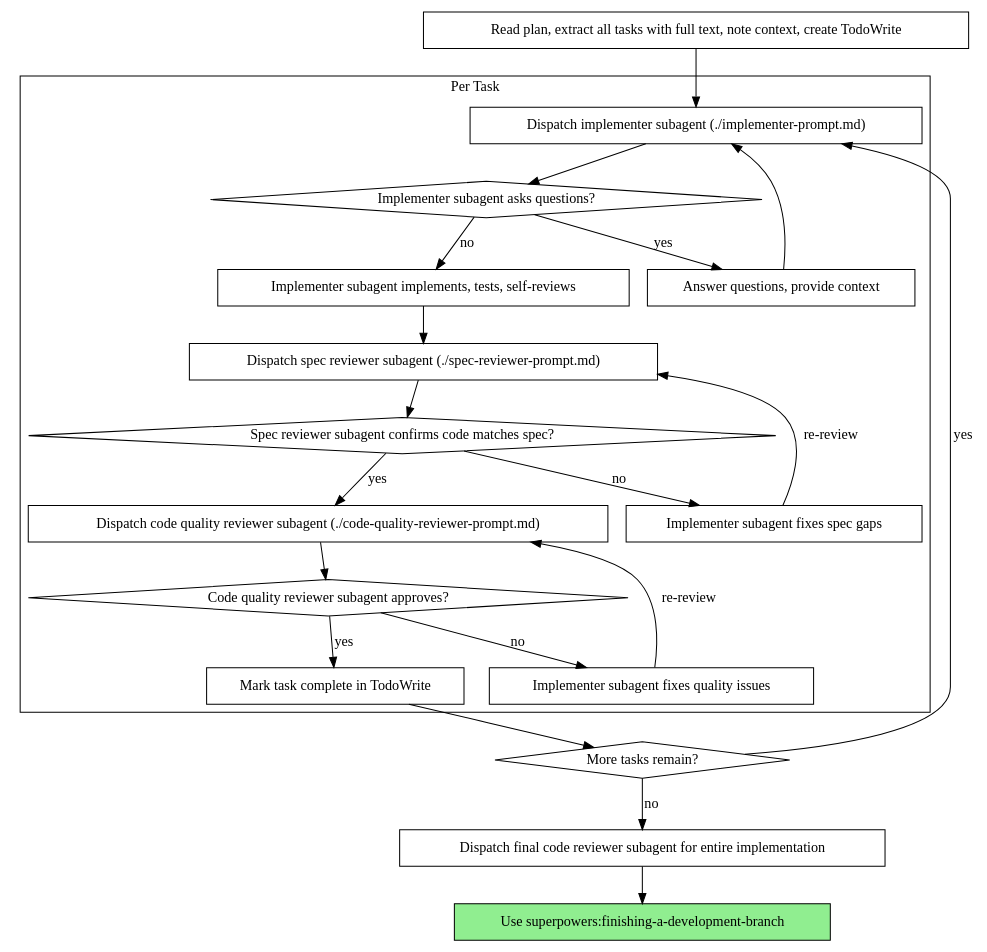
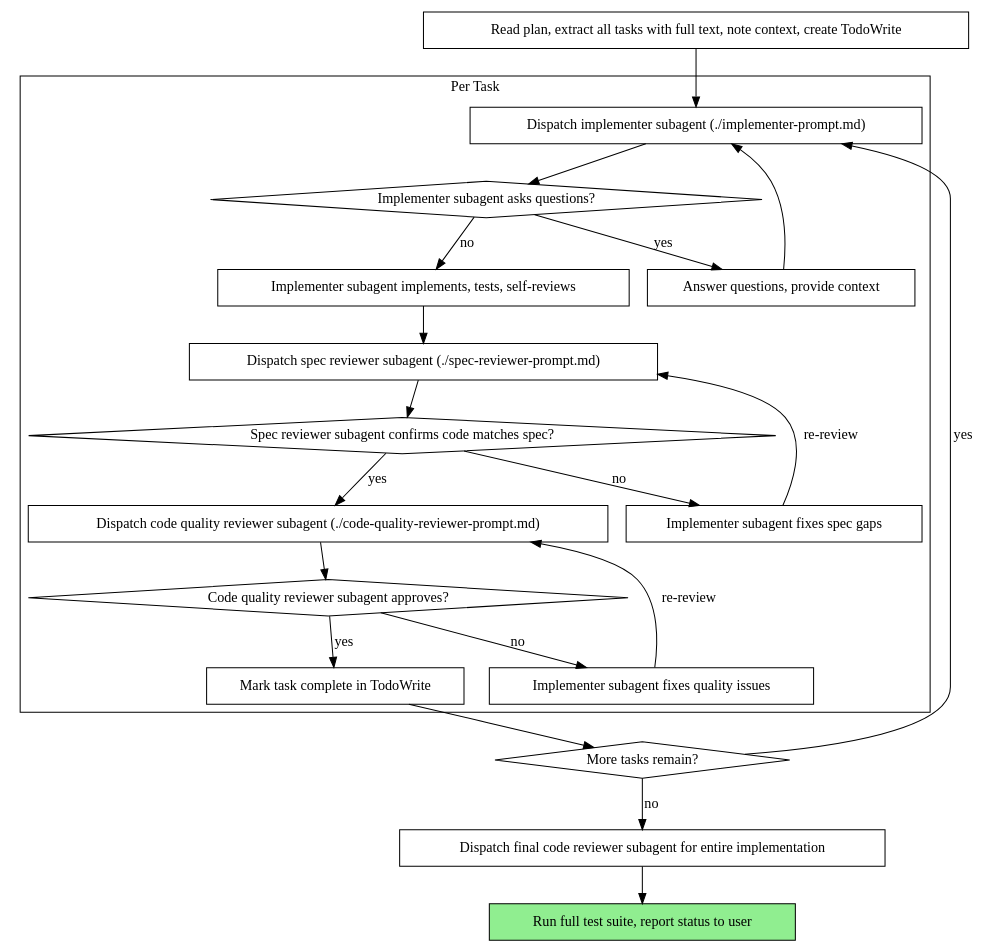
One commit to Hohlas/SoSimple changed the second of 2 diagrams in .claude/skills/superpowers/subagent-driven-development/SKILL.md. Above: the diagram before and after it, drawn with Graphviz. The commit also changed other lines of this file and 12 other files, not shown here.

````diff
--- a/.claude/skills/superpowers/subagent-driven-development/SKILL.md
+++ b/.claude/skills/superpowers/subagent-driven-development/SKILL.md
@@ -42,44 +42,44 @@
 ```dot
 digraph process {
     rankdir=TB;
 
     subgraph cluster_per_task {
         label="Per Task";
         "Dispatch implementer subagent (./implementer-prompt.md)" [shape=box];
         "Implementer subagent asks questions?" [shape=diamond];
         "Answer questions, provide context" [shape=box];
         "Implementer subagent implements, tests, self-reviews" [shape=box];
         "Dispatch spec reviewer subagent (./spec-reviewer-prompt.md)" [shape=box];
         "Spec reviewer subagent confirms code matches spec?" [shape=diamond];
         "Implementer subagent fixes spec gaps" [shape=box];
         "Dispatch code quality reviewer subagent (./code-quality-reviewer-prompt.md)" [shape=box];
         "Code quality reviewer subagent approves?" [shape=diamond];
         "Implementer subagent fixes quality issues" [shape=box];
         "Mark task complete in TodoWrite" [shape=box];
     }
 
     "Read plan, extract all tasks with full text, note context, create TodoWrite" [shape=box];
     "More tasks remain?" [shape=diamond];
     "Dispatch final code reviewer subagent for entire implementation" [shape=box];
-    "Use superpowers:finishing-a-development-branch" [shape=box style=filled fillcolor=lightgreen];
+    "Run full test suite, report status to user" [shape=box style=filled fillcolor=lightgreen];
 
     "Read plan, extract all tasks with full text, note context, create TodoWrite" -> "Dispatch implementer subagent (./implementer-prompt.md)";
     "Dispatch implementer subagent (./implementer-prompt.md)" -> "Implementer subagent asks questions?";
     "Implementer subagent asks questions?" -> "Answer questions, provide context" [label="yes"];
     "Answer questions, provide context" -> "Dispatch implementer subagent (./implementer-prompt.md)";
     "Implementer subagent asks questions?" -> "Implementer subagent implements, tests, self-reviews" [label="no"];
     "Implementer subagent implements, tests, self-reviews" -> "Dispatch spec reviewer subagent (./spec-reviewer-prompt.md)";
     "Dispatch spec reviewer subagent (./spec-reviewer-prompt.md)" -> "Spec reviewer subagent confirms code matches spec?";
     "Spec reviewer subagent confirms code matches spec?" -> "Implementer subagent fixes spec gaps" [label="no"];
     "Implementer subagent fixes spec gaps" -> "Dispatch spec reviewer subagent (./spec-reviewer-prompt.md)" [label="re-review"];
     "Spec reviewer subagent confirms code matches spec?" -> "Dispatch code quality reviewer subagent (./code-quality-reviewer-prompt.md)" [label="yes"];
     "Dispatch code quality reviewer subagent (./code-quality-reviewer-prompt.md)" -> "Code quality reviewer subagent approves?";
     "Code quality reviewer subagent approves?" -> "Implementer subagent fixes quality issues" [label="no"];
     "Implementer subagent fixes quality issues" -> "Dispatch code quality reviewer subagent (./code-quality-reviewer-prompt.md)" [label="re-review"];
     "Code quality reviewer subagent approves?" -> "Mark task complete in TodoWrite" [label="yes"];
     "Mark task complete in TodoWrite" -> "More tasks remain?";
     "More tasks remain?" -> "Dispatch implementer subagent (./implementer-prompt.md)" [label="yes"];
     "More tasks remain?" -> "Dispatch final code reviewer subagent for entire implementation" [label="no"];
-    "Dispatch final code reviewer subagent for entire implementation" -> "Use superpowers:finishing-a-development-branch";
+    "Dispatch final code reviewer subagent for entire implementation" -> "Run full test suite, report status to user";
 }
 ```
````
